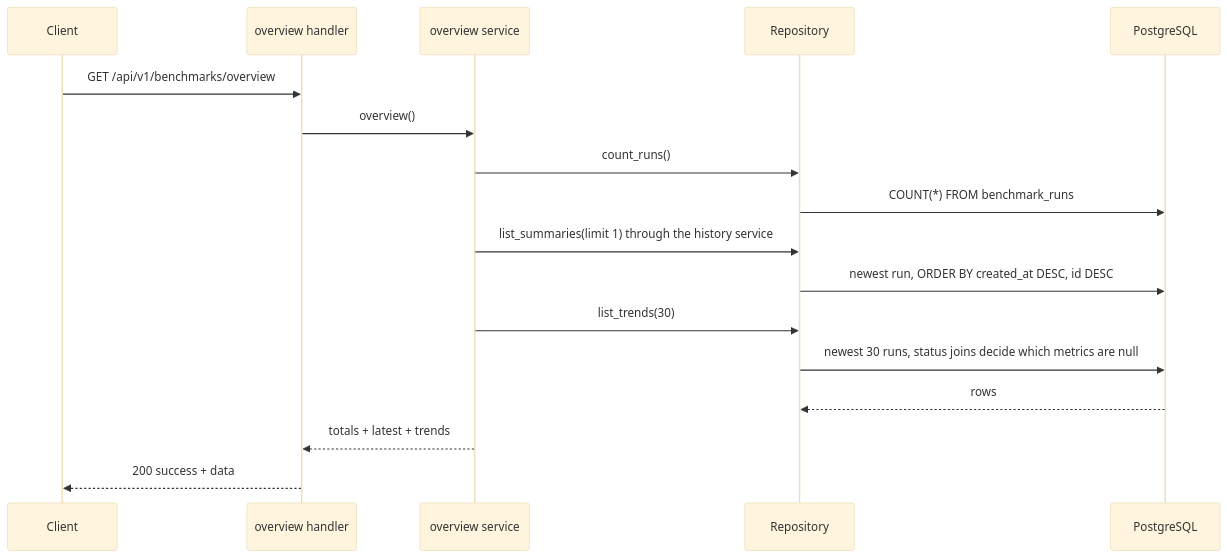
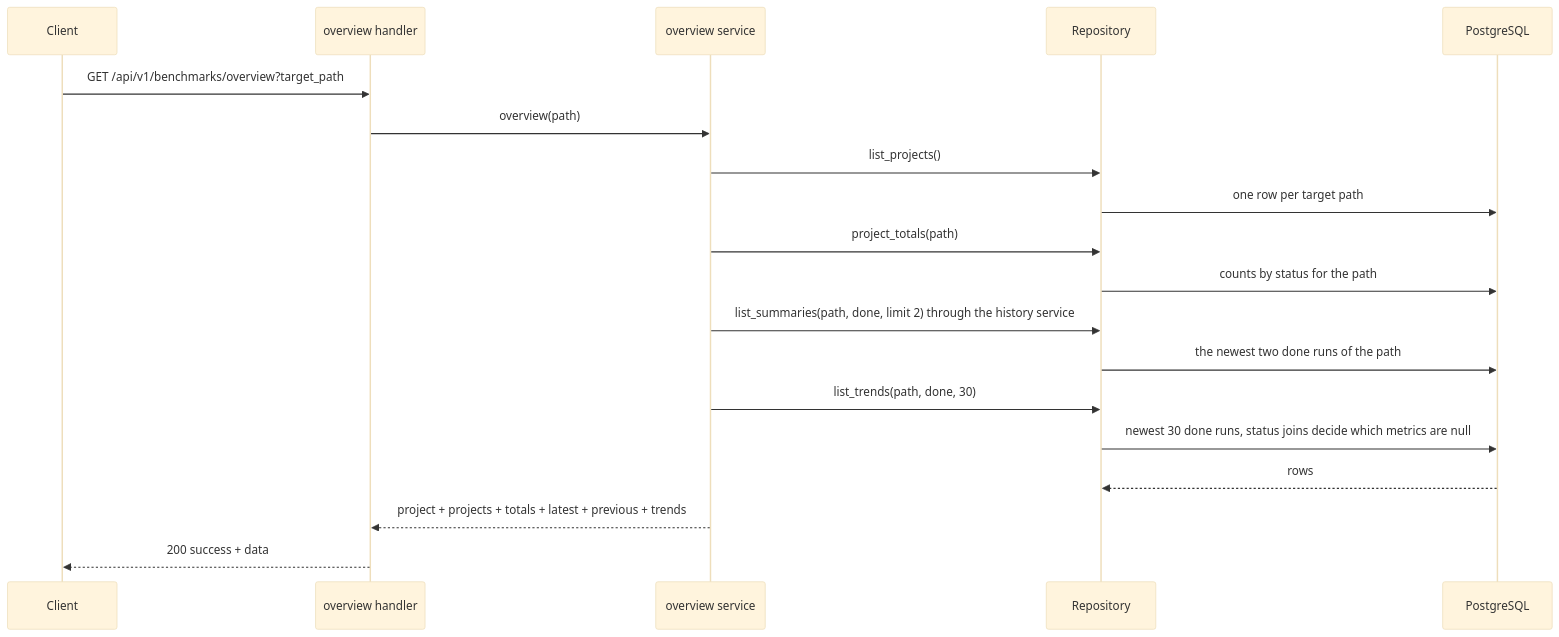
The fourth of 5 diagrams in docs/architecture.md (dheerajy1/benchmark-api), drawn with Mermaid (base theme) before and after one commit. The commit also changed other lines of this file and 107 other files, not shown here.

````diff
--- a/docs/architecture.md
+++ b/docs/architecture.md
@@ -124,19 +141,21 @@
 ```mermaid
 sequenceDiagram
     participant C as Client
     participant H as overview handler
     participant S as overview service
     participant R as Repository
     participant D as PostgreSQL
-    C->>H: GET /api/v1/benchmarks/overview
-    H->>S: overview()
-    S->>R: count_runs()
-    R->>D: COUNT(*) FROM benchmark_runs
-    S->>R: list_summaries(limit 1) through the history service
-    R->>D: newest run, ORDER BY created_at DESC, id DESC
-    S->>R: list_trends(30)
-    R->>D: newest 30 runs, status joins decide which metrics are null
+    C->>H: GET /api/v1/benchmarks/overview?target_path
+    H->>S: overview(path)
+    S->>R: list_projects()
+    R->>D: one row per target path
+    S->>R: project_totals(path)
+    R->>D: counts by status for the path
+    S->>R: list_summaries(path, done, limit 2) through the history service
+    R->>D: the newest two done runs of the path
+    S->>R: list_trends(path, done, 30)
+    R->>D: newest 30 done runs, status joins decide which metrics are null
     D-->>R: rows
-    S-->>H: totals + latest + trends
+    S-->>H: project + projects + totals + latest + previous + trends
     H-->>C: 200 success + data
 ```
````
